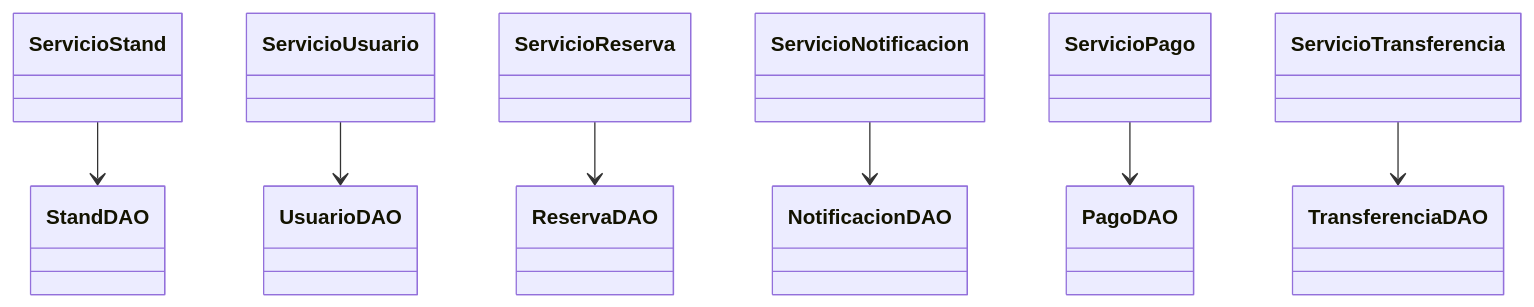
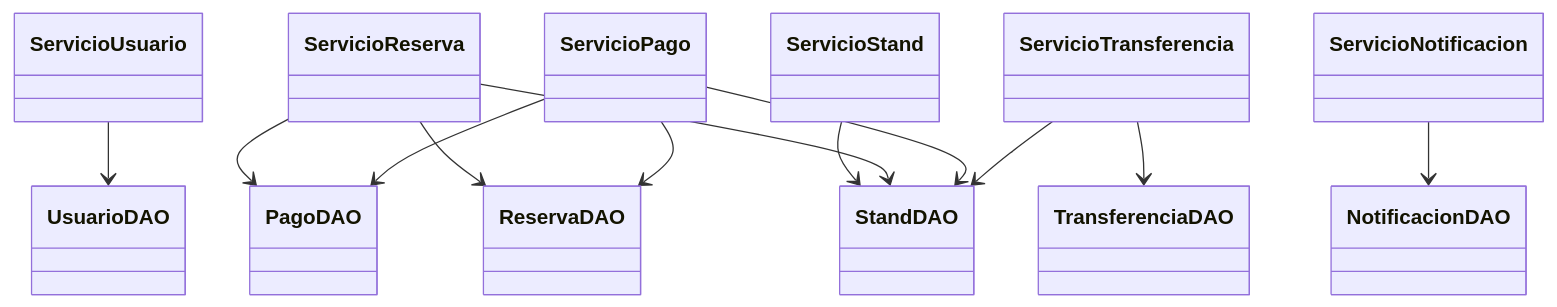
The seventh of 9 diagrams in Stands-Filey/DiagramaClases/DiagramaClases.md (Javtamata145/StandsFiley-POO), drawn with Mermaid before and after one commit. The commit also changed other lines of this file and 23 other files, not shown here.

````diff
--- a/Stands-Filey/DiagramaClases/DiagramaClases.md
+++ b/Stands-Filey/DiagramaClases/DiagramaClases.md
@@ -369,11 +508,16 @@
 ```mermaid
 classDiagram
 direction TB
 
 ServicioStand --> StandDAO
 ServicioUsuario --> UsuarioDAO
 ServicioReserva --> ReservaDAO
+ServicioReserva --> StandDAO
+ServicioReserva --> PagoDAO
 ServicioNotificacion --> NotificacionDAO
 ServicioPago --> PagoDAO
+ServicioPago --> ReservaDAO
+ServicioPago --> StandDAO
 ServicioTransferencia --> TransferenciaDAO
+ServicioTransferencia --> StandDAO
 ```
````
